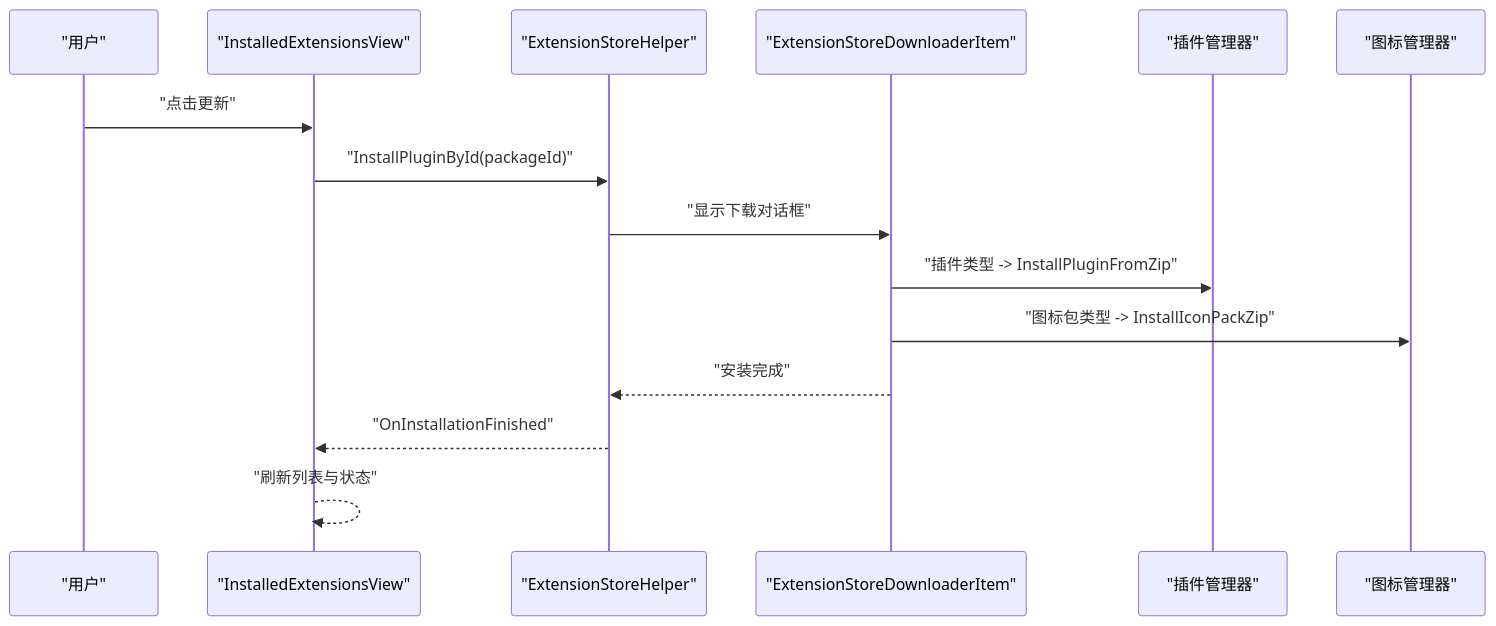
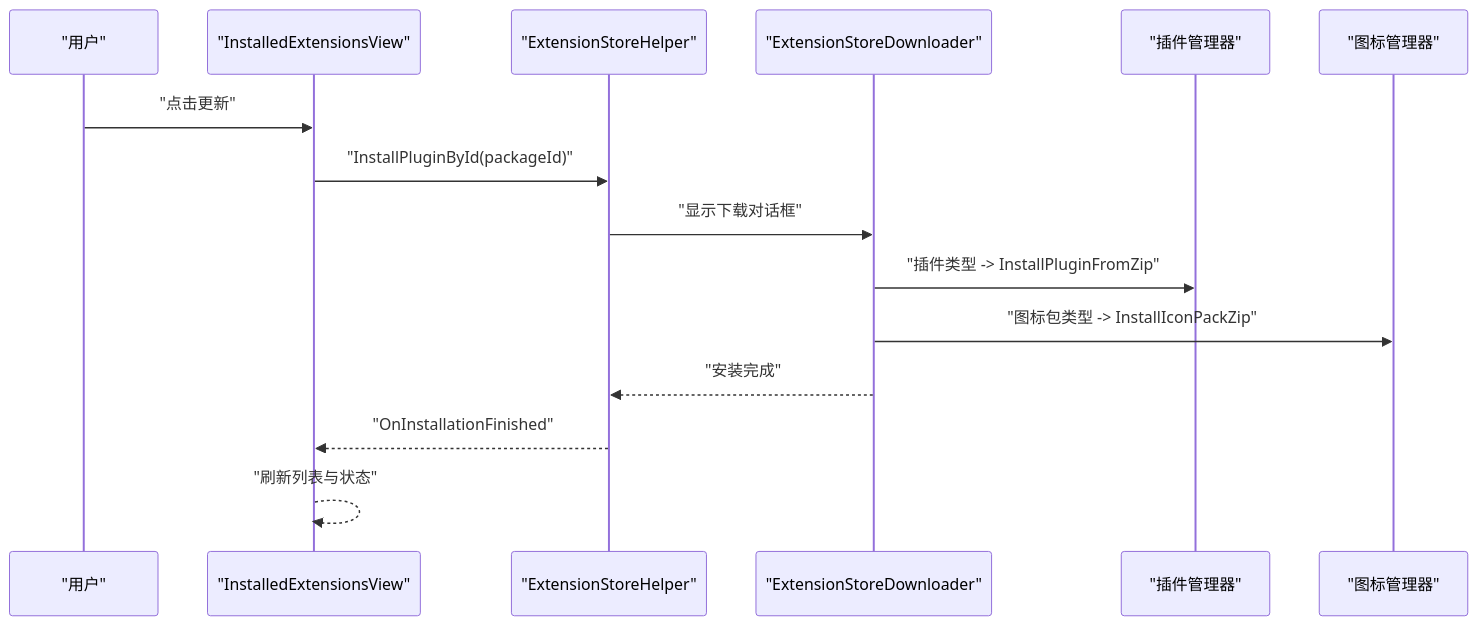
The seventh of 11 diagrams in .qoder/repowiki/zh/content/扩展商店/扩展商店.md (tea4go/Macro-Deck), drawn with Mermaid before and after one commit. The commit also changed other lines of this file and 33 other files, not shown here.

````diff
--- a/.qoder/repowiki/zh/content/扩展商店/扩展商店.md
+++ b/.qoder/repowiki/zh/content/扩展商店/扩展商店.md
@@ -227,17 +321,17 @@
 ```mermaid
 sequenceDiagram
 participant U as "用户"
 participant IV as "InstalledExtensionsView"
 participant HS as "ExtensionStoreHelper"
-participant DL as "ExtensionStoreDownloaderItem"
+participant DL as "ExtensionStoreDownloader"
 participant PM as "插件管理器"
 participant IM as "图标管理器"
 U->>IV : "点击更新"
 IV->>HS : "InstallPluginById(packageId)"
 HS->>DL : "显示下载对话框"
 DL->>PM : "插件类型 -> InstallPluginFromZip"
 DL->>IM : "图标包类型 -> InstallIconPackZip"
 DL-->>HS : "安装完成"
 HS-->>IV : "OnInstallationFinished"
 IV-->>IV : "刷新列表与状态"
 ```
````
